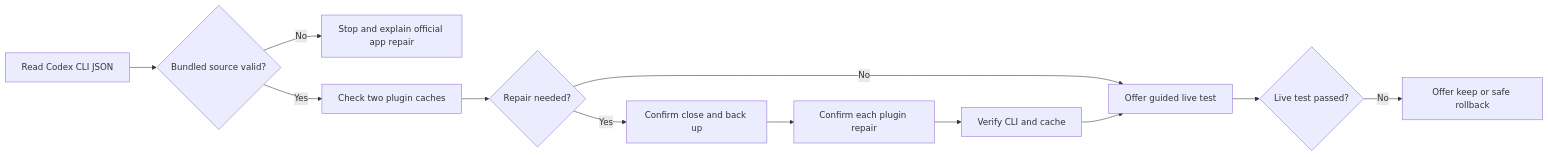
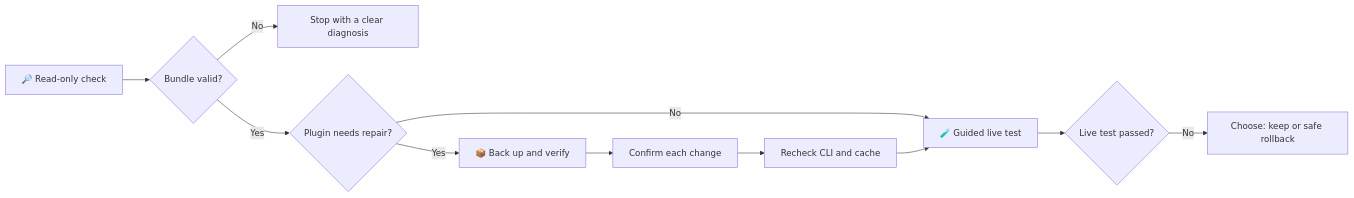
The diagram in README.md (ChaiBoonHong/codex-bundled-repair), drawn with Mermaid before and after one commit. The commit also changed other lines of this file and 2 other files, not shown here.

````diff
--- a/README.md
+++ b/README.md
@@ -36,14 +65,13 @@
-```mermaid
+~~~mermaid
 flowchart LR
-    A[Read Codex CLI JSON] --> B{Bundled source valid?}
-    B -- No --> C[Stop and explain official app repair]
-    B -- Yes --> D[Check two plugin caches]
-    D --> E{Repair needed?}
-    E -- No --> F[Offer guided live test]
-    E -- Yes --> G[Confirm close and back up]
-    G --> H[Confirm each plugin repair]
-    H --> I[Verify CLI and cache]
-    I --> F
-    F --> J{Live test passed?}
-    J -- No --> K[Offer keep or safe rollback]
-```
+    A["🔎 Read-only check"] --> B{"Bundle valid?"}
+    B -- No --> C["Stop with a clear diagnosis"]
+    B -- Yes --> D{"Plugin needs repair?"}
+    D -- No --> H["🧪 Guided live test"]
+    D -- Yes --> E["📦 Back up and verify"]
+    E --> F["Confirm each change"]
+    F --> G["Recheck CLI and cache"]
+    G --> H
+    H --> I{"Live test passed?"}
+    I -- No --> J["Choose: keep or safe rollback"]
+~~~
````
